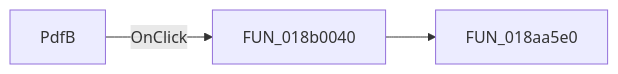
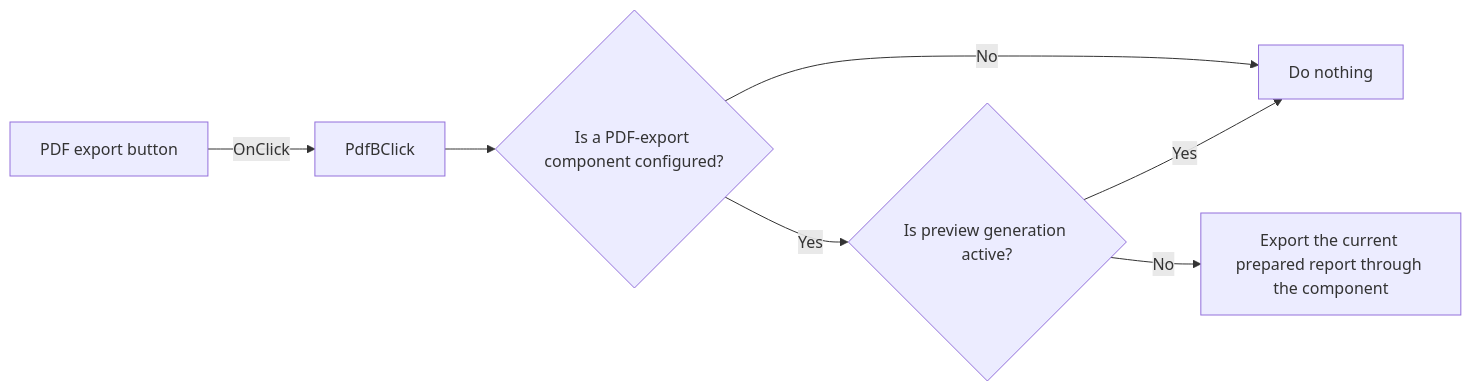
Before and after one commit to MovGP0/TIARA: the diagram in docs/ui-controls/frxpreviewform/pdfb-4978fce1c3.md, drawn with Mermaid. The commit also changed other lines of this file and 387 other files, not shown here.

````diff
--- a/docs/ui-controls/frxpreviewform/pdfb-4978fce1c3.md
+++ b/docs/ui-controls/frxpreviewform/pdfb-4978fce1c3.md
@@ -27,5 +27,9 @@
 ```mermaid
 flowchart LR
-    control["PdfB"] -->|OnClick| handler["FUN_018b0040"]
-    handler --> call1["FUN_018aa5e0"]
+    control["PDF export button"] -->|OnClick| handler["PdfBClick"]
+    handler --> configured{"Is a PDF-export component configured?"}
+    configured -->|No| noop["Do nothing"]
+    configured -->|Yes| busy{"Is preview generation active?"}
+    busy -->|Yes| noop
+    busy -->|No| export["Export the current prepared report through the component"]
 ```
````
